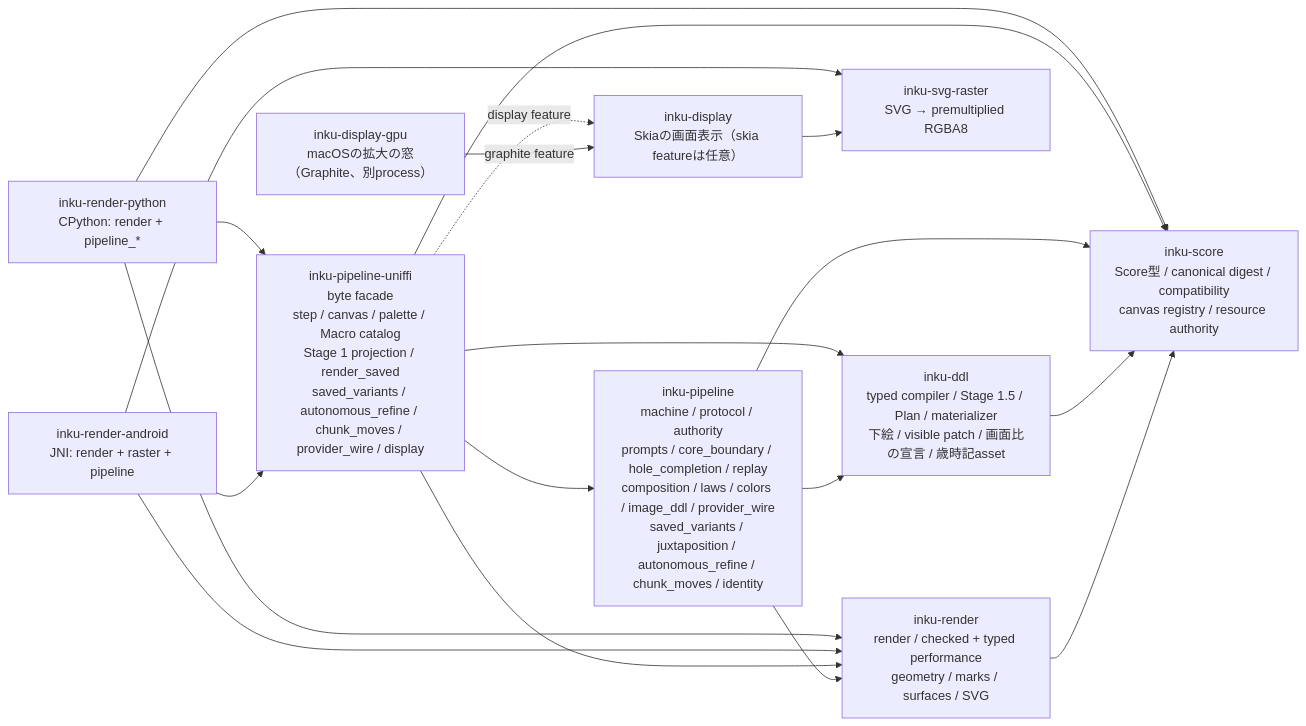
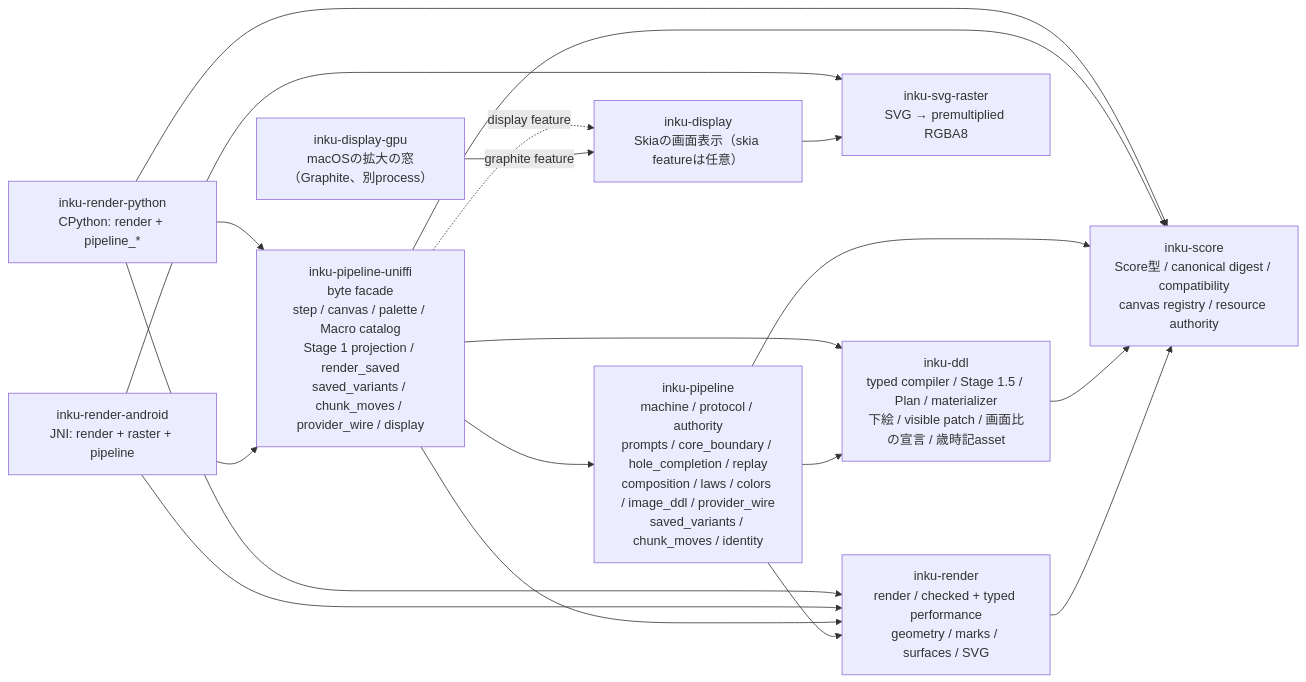
One commit to oikawas/inku-lang changed the fourth of 5 diagrams in docs/architecture/server-components.ja.md. Above: the diagram before and after it, drawn with Mermaid. The commit also changed 9 other files, not shown here.

First line of the commit message:
Docs: the core keeps only the chunk units, boxes and place actions

````diff
--- a/docs/architecture/server-components.ja.md
+++ b/docs/architecture/server-components.ja.md
@@ -145,32 +145,32 @@
 ```mermaid
 flowchart LR
     PYBIND["inku-render-python\nCPython: render + pipeline_*"]
     JNI["inku-render-android\nJNI: render + raster + pipeline"]
-    UNIFFI["inku-pipeline-uniffi\nbyte facade\nstep / canvas / palette / Macro catalog\nStage 1 projection / render_saved\nsaved_variants / autonomous_refine / chunk_moves / provider_wire / display"]
-    PIPE["inku-pipeline\nmachine / protocol / authority\nprompts / core_boundary / hole_completion / replay\ncomposition / laws / colors / image_ddl / provider_wire\nsaved_variants / juxtaposition / autonomous_refine / chunk_moves / identity"]
+    UNIFFI["inku-pipeline-uniffi\nbyte facade\nstep / canvas / palette / Macro catalog\nStage 1 projection / render_saved\nsaved_variants / chunk_moves / provider_wire / display"]
+    PIPE["inku-pipeline\nmachine / protocol / authority\nprompts / core_boundary / hole_completion / replay\ncomposition / laws / colors / image_ddl / provider_wire\nsaved_variants / chunk_moves / identity"]
     DDL["inku-ddl\ntyped compiler / Stage 1.5 / Plan / materializer\n下絵 / visible patch / 画面比の宣言 / 歳時記asset"]
     DISPLAY["inku-display\nSkiaの画面表示（skia featureは任意）"]
     DISPLAY_GPU["inku-display-gpu\nmacOSの拡大の窓（Graphite、別process）"]
     SCORE["inku-score\nScore型 / canonical digest / compatibility\ncanvas registry / resource authority"]
     RENDER["inku-render\nrender / checked + typed performance\ngeometry / marks / surfaces / SVG"]
     RASTER["inku-svg-raster\nSVG → premultiplied RGBA8"]
 
     PYBIND --> UNIFFI
     PYBIND --> RENDER
     PYBIND --> SCORE
     JNI --> UNIFFI
     JNI --> RENDER
     JNI --> RASTER
     UNIFFI --> PIPE
     UNIFFI --> DDL
     UNIFFI --> SCORE
     UNIFFI --> RENDER
     PIPE --> DDL
     PIPE --> RENDER
     PIPE --> SCORE
     DDL --> SCORE
     RENDER --> SCORE
     UNIFFI -.->|"display feature"| DISPLAY
     DISPLAY --> RASTER
     DISPLAY_GPU -->|"graphite feature"| DISPLAY
 ```
````
